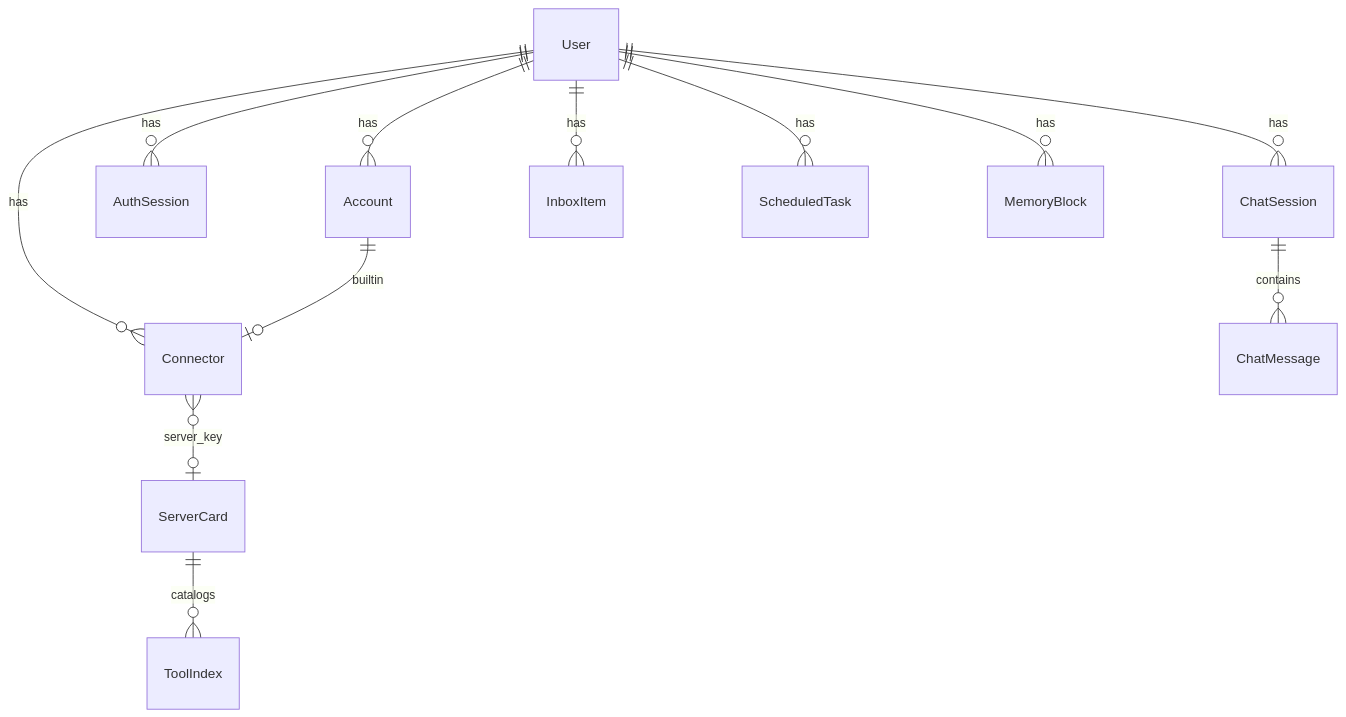
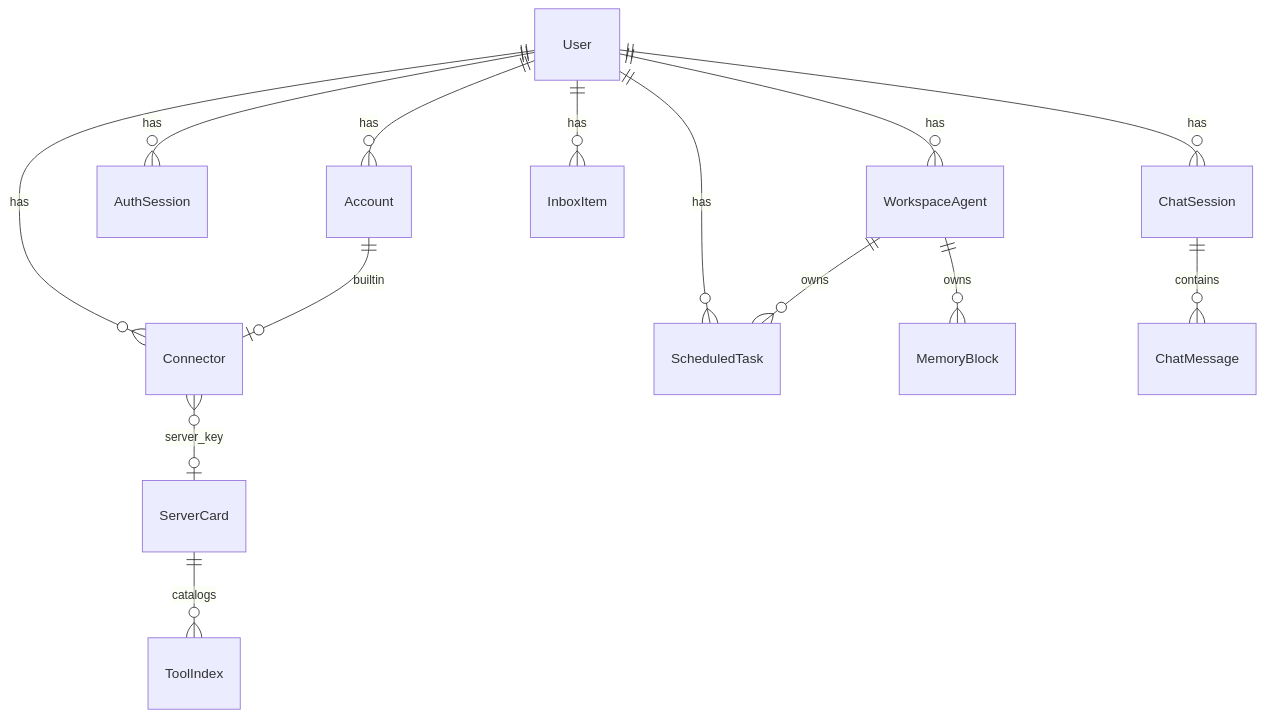
Diagram 12 of 14 in docs/diagrams.md (specialshweta26/Checkme), drawn with Mermaid before and after one commit. The commit also changed 15 other files, not shown here.

First line of the commit message:
Scope memory and routines to each workspace agent.

````diff
--- a/docs/diagrams.md
+++ b/docs/diagrams.md
@@ -249,14 +249,16 @@
 ```mermaid
 erDiagram
   User ||--o{ Account : has
   User ||--o{ AuthSession : has
   User ||--o{ Connector : has
   User ||--o{ ChatSession : has
   User ||--o{ InboxItem : has
   User ||--o{ ScheduledTask : has
-  User ||--o{ MemoryBlock : has
+  User ||--o{ WorkspaceAgent : has
+  WorkspaceAgent ||--o{ ScheduledTask : owns
+  WorkspaceAgent ||--o{ MemoryBlock : owns
   Account ||--o| Connector : builtin
   Connector }o--o| ServerCard : server_key
   ServerCard ||--o{ ToolIndex : catalogs
   ChatSession ||--o{ ChatMessage : contains
 ```
````
